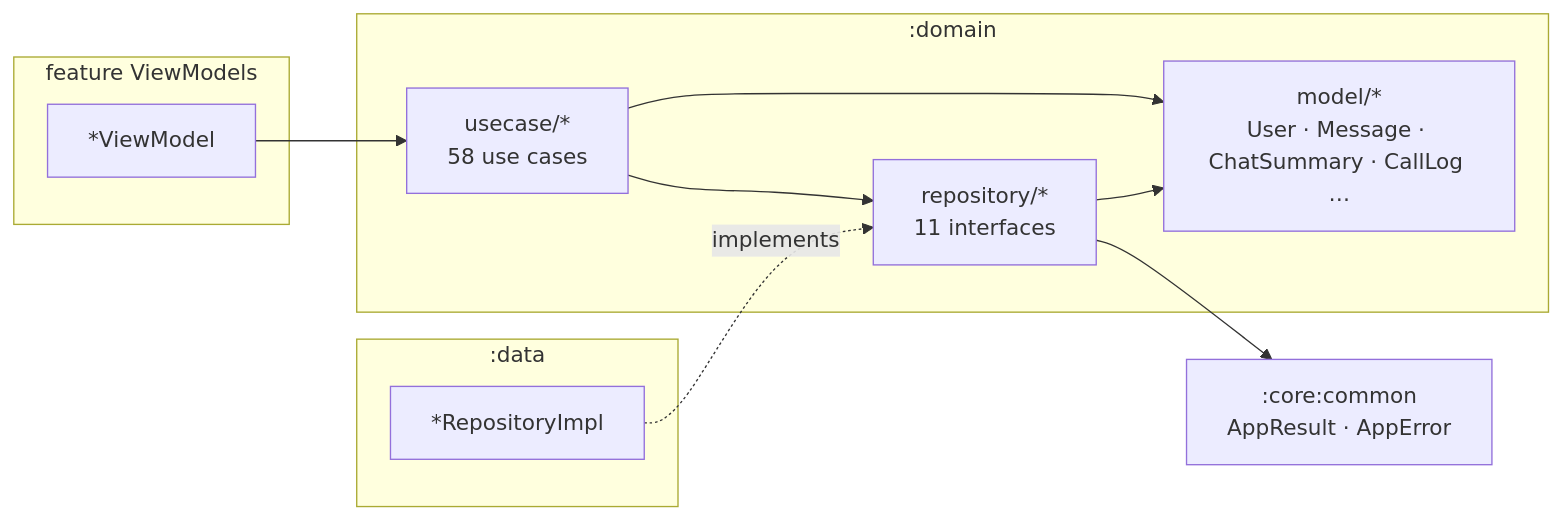
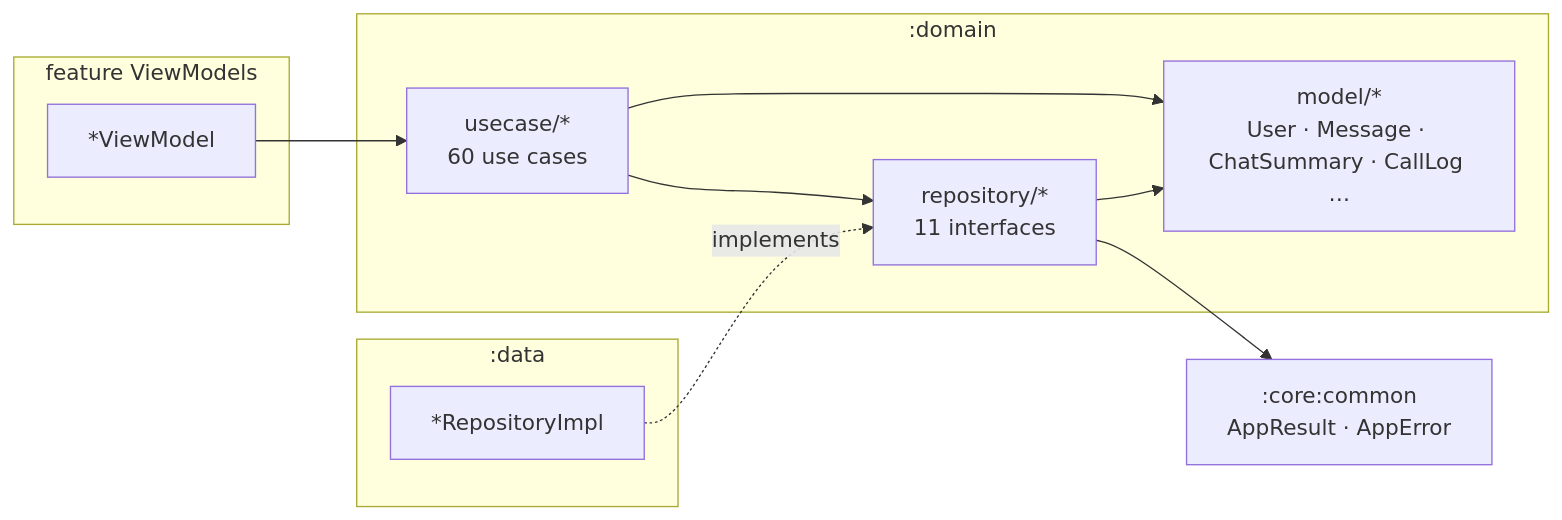
The diagram in docs/en/modules/domain.md (AdilxanKenesov/SwiftChat), drawn with Mermaid before and after one commit. The commit also changed other lines of this file and 39 other files, not shown here.

````diff
--- a/docs/en/modules/domain.md
+++ b/docs/en/modules/domain.md
@@ -20,21 +20,21 @@
 ```mermaid
 flowchart LR
     subgraph Feature["feature ViewModels"]
         VM["*ViewModel"]
     end
     subgraph Domain[":domain"]
-        UC["usecase/*<br/>58 use cases"]
+        UC["usecase/*<br/>60 use cases"]
         R["repository/*<br/>11 interfaces"]
         M["model/*<br/>User · Message · ChatSummary · CallLog …"]
     end
     subgraph Data[":data"]
         IMPL["*RepositoryImpl"]
     end
     CC[":core:common<br/>AppResult · AppError"]
     VM --> UC
     UC --> R
     UC --> M
     R --> M
     IMPL -. implements .-> R
     R --> CC
 ```
````
